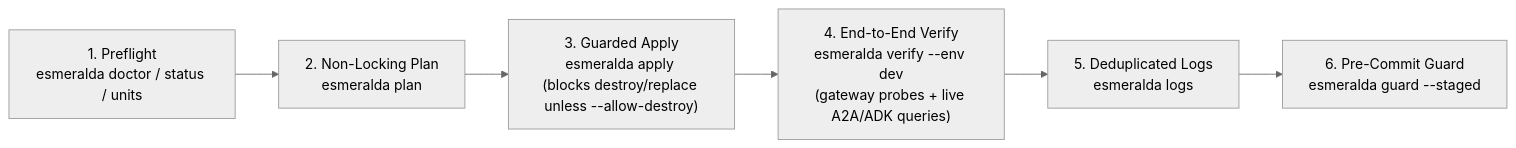
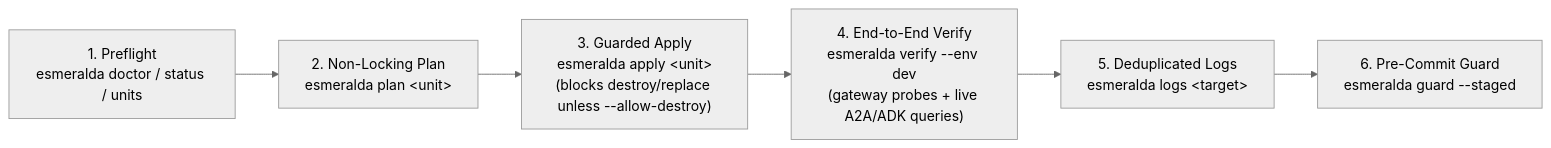
The diagram in docs/src/3-agentops-and-lifecycle/04-operating-with-agents.md (google/esmeralda), drawn with Mermaid (neutral theme) before and after one commit. The commit also changed 10 other files, not shown here.

Commit message:
docs: replace outdated README architecture diagram and unify book sidebar & chapter titles (#110)

````diff
--- a/docs/src/3-agentops-and-lifecycle/04-operating-with-agents.md
+++ b/docs/src/3-agentops-and-lifecycle/04-operating-with-agents.md
@@ -30,8 +30,8 @@
 ```mermaid
 flowchart LR
-    DOC["1. Preflight\nesmeralda doctor / status / units"] --> PLAN["2. Non-Locking Plan\nesmeralda plan <unit>"]
-    PLAN --> APPLY["3. Guarded Apply\nesmeralda apply <unit>\n(blocks destroy/replace unless --allow-destroy)"]
-    APPLY --> VERIFY["4. End-to-End Verify\nesmeralda verify --env dev\n(gateway probes + live A2A/ADK queries)"]
-    VERIFY --> LOGS["5. Deduplicated Logs\nesmeralda logs <target>"]
-    LOGS --> GUARD["6. Pre-Commit Guard\nesmeralda guard --staged"]
+    DOC["1. Preflight<br/>esmeralda doctor / status / units"] --> PLAN["2. Non-Locking Plan<br/>esmeralda plan &lt;unit&gt;"]
+    PLAN --> APPLY["3. Guarded Apply<br/>esmeralda apply &lt;unit&gt;<br/>(blocks destroy/replace unless --allow-destroy)"]
+    APPLY --> VERIFY["4. End-to-End Verify<br/>esmeralda verify --env dev<br/>(gateway probes + live A2A/ADK queries)"]
+    VERIFY --> LOGS["5. Deduplicated Logs<br/>esmeralda logs &lt;target&gt;"]
+    LOGS --> GUARD["6. Pre-Commit Guard<br/>esmeralda guard --staged"]
 ```
````
